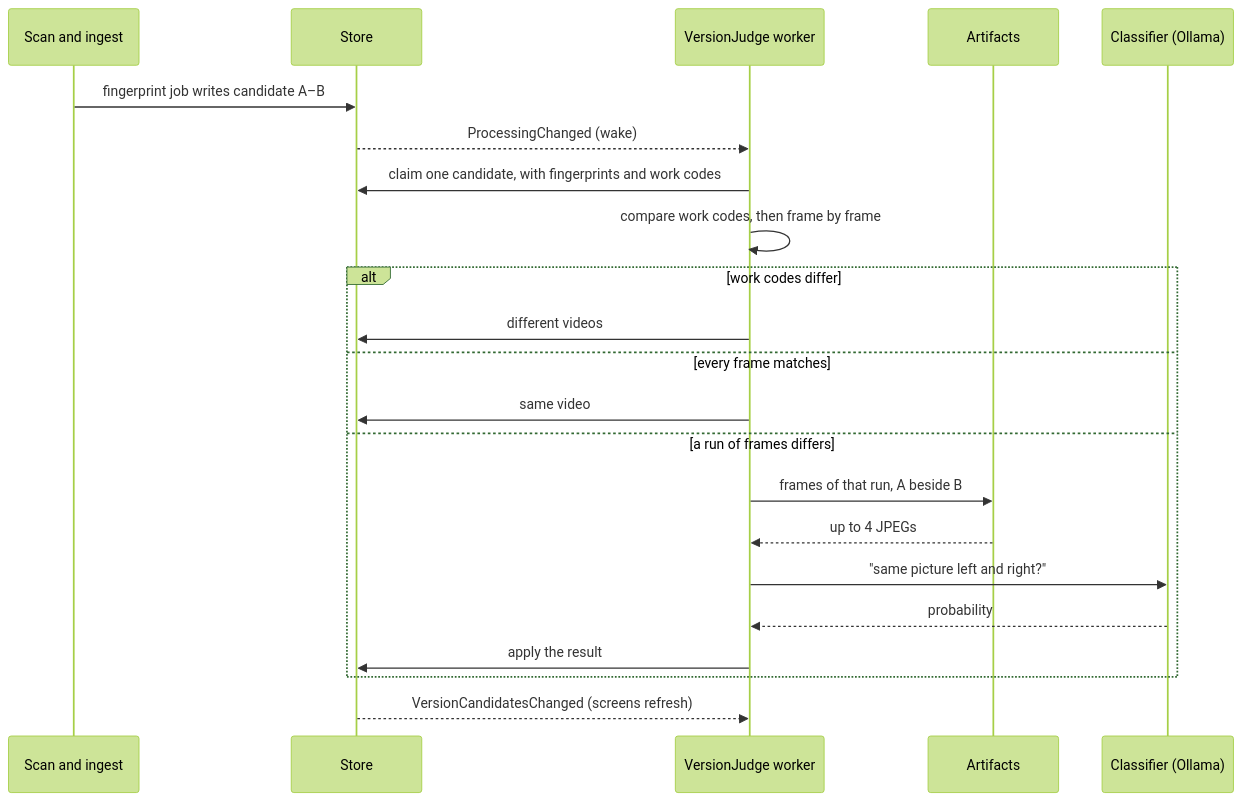
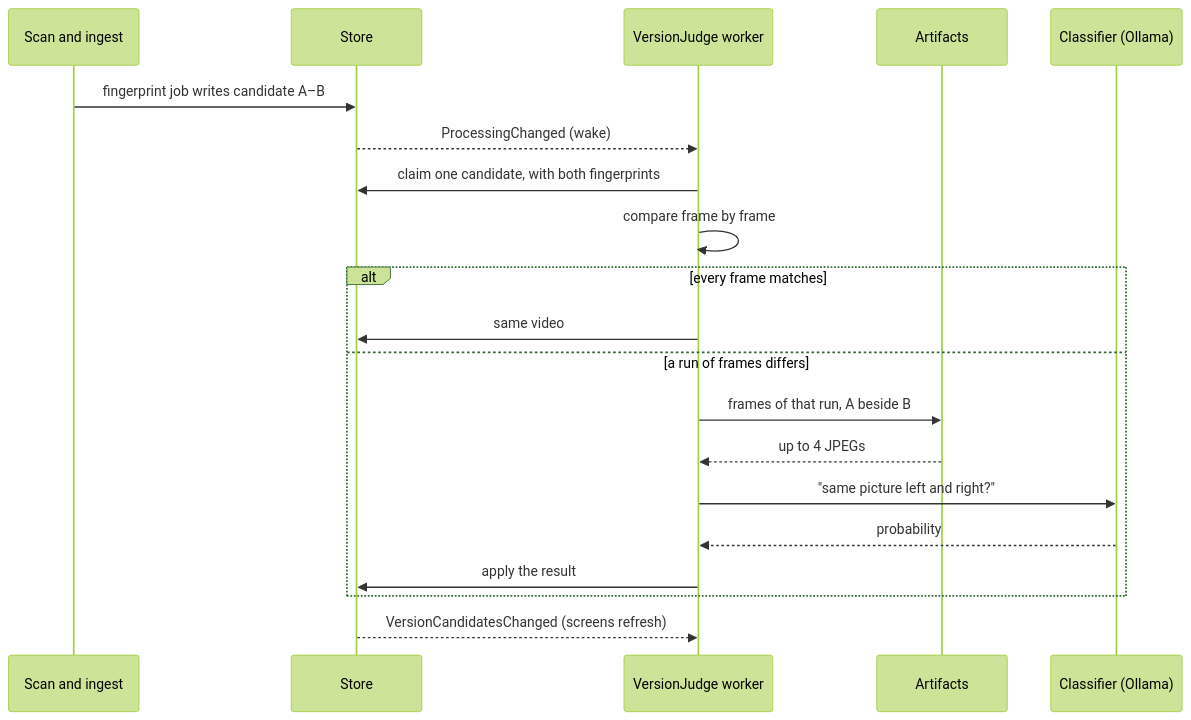
The first of 2 diagrams in specs/054-auto-dup/plan.md (syudead/vv), drawn with Mermaid (forest theme) before and after one commit. The commit also changed other lines of this file and 3 other files, not shown here.

First line of the commit message:
docs(054): drop the work-code rule; new videos have no work information when judged

````diff
--- a/specs/054-auto-dup/plan.md
+++ b/specs/054-auto-dup/plan.md
@@ -39,24 +37,22 @@
 ```mermaid
 sequenceDiagram
   participant Scan as Scan and ingest
   participant Store as Store
   participant Judge as VersionJudge worker
   participant Art as Artifacts
   participant AI as Classifier (Ollama)
   Scan->>Store: fingerprint job writes candidate A–B
   Store-->>Judge: ProcessingChanged (wake)
-  Judge->>Store: claim one candidate, with fingerprints and work codes
-  Judge->>Judge: compare work codes, then frame by frame
-  alt work codes differ
-    Judge->>Store: different videos
-  else every frame matches
+  Judge->>Store: claim one candidate, with both fingerprints
+  Judge->>Judge: compare frame by frame
+  alt every frame matches
     Judge->>Store: same video
   else a run of frames differs
     Judge->>Art: frames of that run, A beside B
     Art-->>Judge: up to 4 JPEGs
     Judge->>AI: "same picture left and right?"
     AI-->>Judge: probability
     Judge->>Store: apply the result
   end
   Store-->>Judge: VersionCandidatesChanged (screens refresh)
 ```
````
